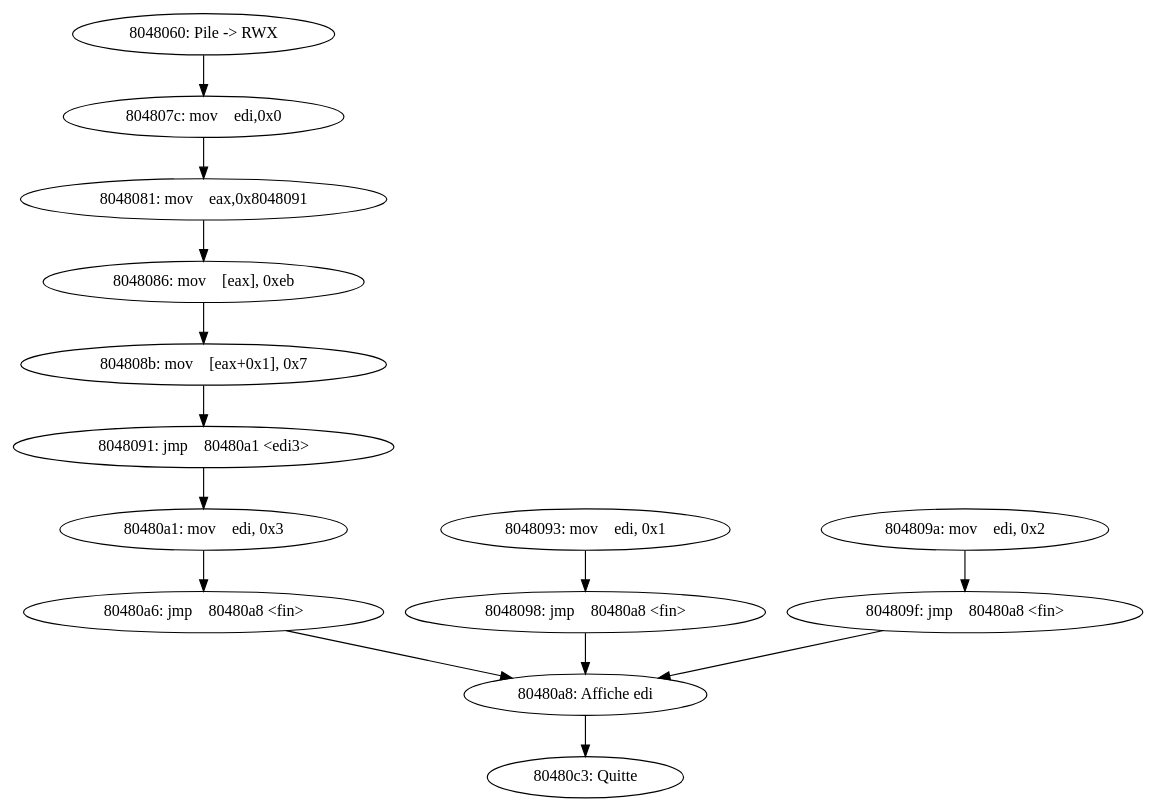
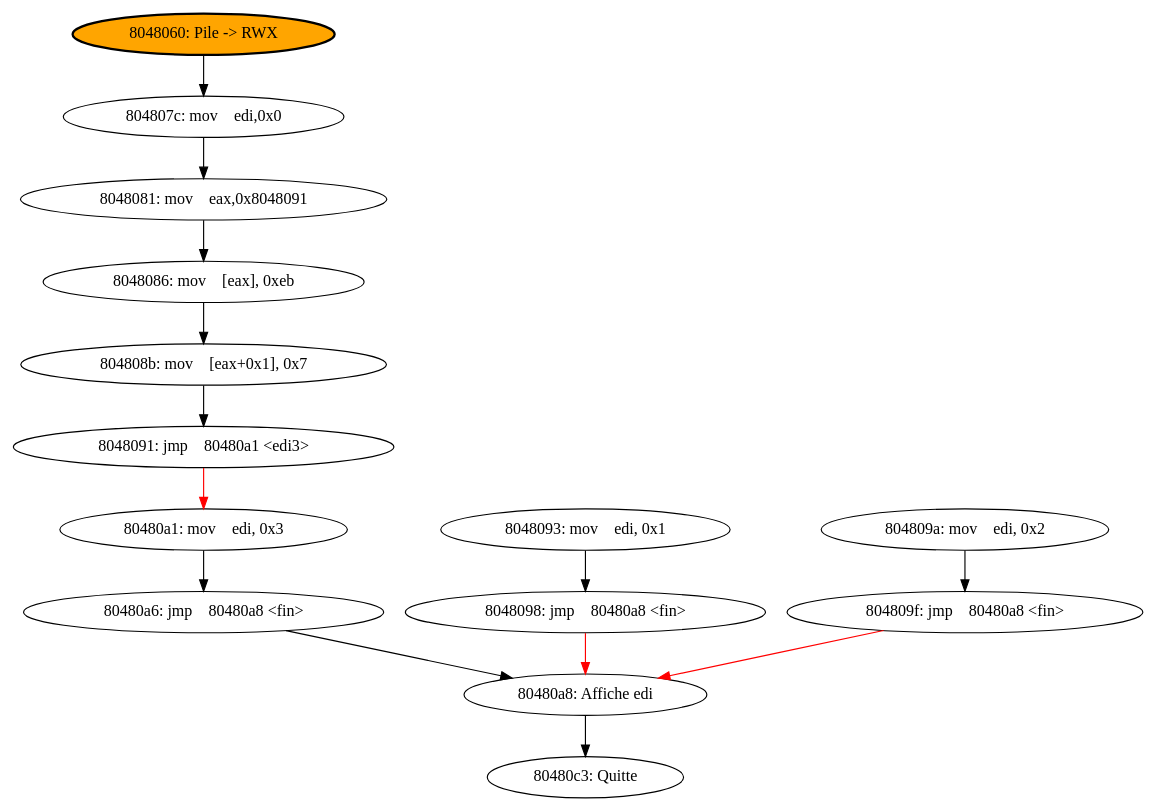
Before and after one commit to yaps8/these: the diagram in supports/unevague/uv.dot, drawn with Graphviz. The commit also changed 16 other files, not shown here.

```diff
--- a/supports/unevague/uv.dot
+++ b/supports/unevague/uv.dot
@@ -1,32 +1,32 @@
 digraph G{
-"8048060" [label="8048060: Pile -> RWX"]
+"8048060" [label="8048060: Pile -> RWX", style="filled,bold", fillcolor=orange]
 "804807c" [label="804807c: mov    edi,0x0"]
 "8048081" [label="8048081: mov    eax,0x8048091"]
 "8048086" [label="8048086: mov    [eax], 0xeb"]
 "804808b" [label="804808b: mov    [eax+0x1], 0x7"]
 "8048091" [label="8048091: jmp    80480a1 <edi3>"]
 "8048093" [label="8048093: mov    edi, 0x1"]
 "8048098" [label="8048098: jmp    80480a8 <fin>"]
 "804809a" [label="804809a: mov    edi, 0x2"]
 "804809f" [label="804809f: jmp    80480a8 <fin>"]
 "80480a1" [label="80480a1: mov    edi, 0x3"]
 "80480a6" [label="80480a6: jmp    80480a8 <fin>"]
 "80480a8" [label="80480a8: Affiche edi"]
 "80480c3" [label="80480c3: Quitte"]
 
 "8048060" -> "804807c"
 "804807c" -> "8048081"
 "8048081" -> "8048086"
 "8048086" -> "804808b"
 "804808b" -> "8048091"
-"8048091" -> "80480a1"
+"8048091" -> "80480a1" [color=red]
 "80480a1" -> "80480a6"
 "80480a6" -> "80480a8"
 "80480a8" -> "80480c3"
 
-"8048093" -> "8048098"
-"8048098" -> "80480a8"
+"8048093" -> "8048098"  
+"8048098" -> "80480a8" [color=red]
 
 "804809a" -> "804809f"
-"804809f" -> "80480a8"
+"804809f" -> "80480a8" [color=red]
 }
```
